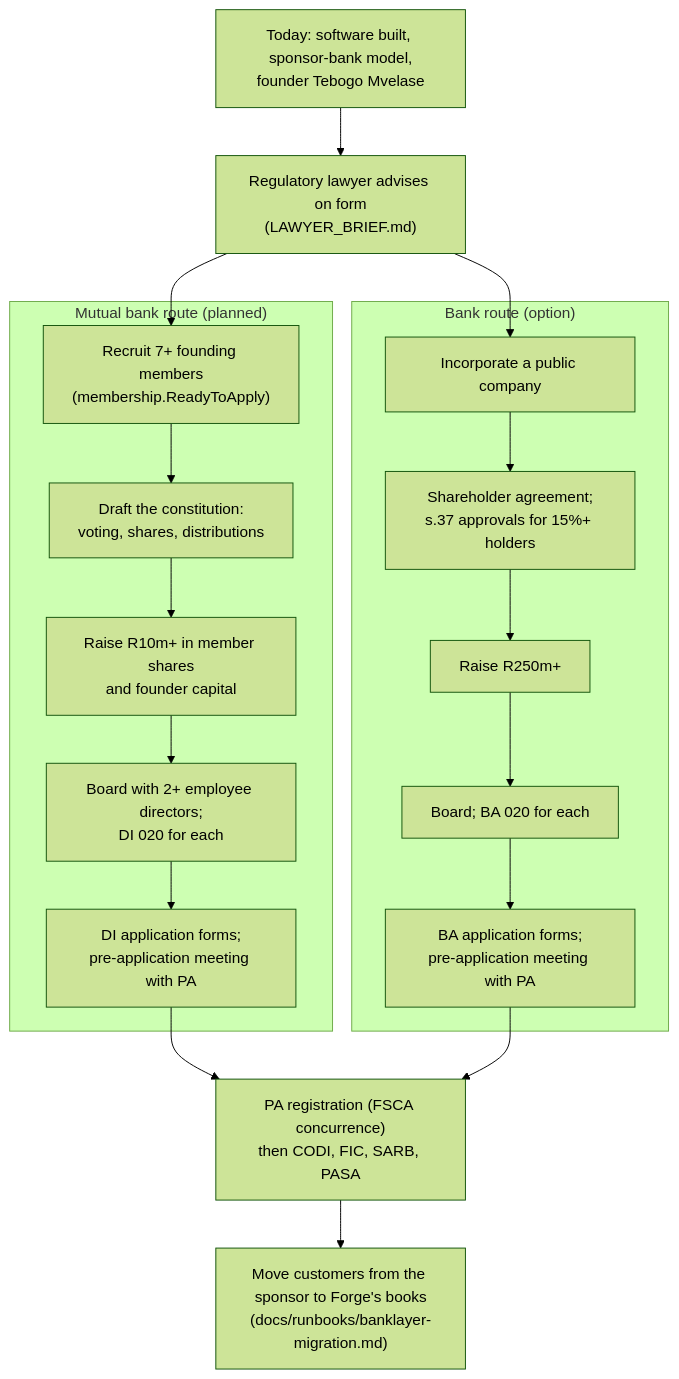
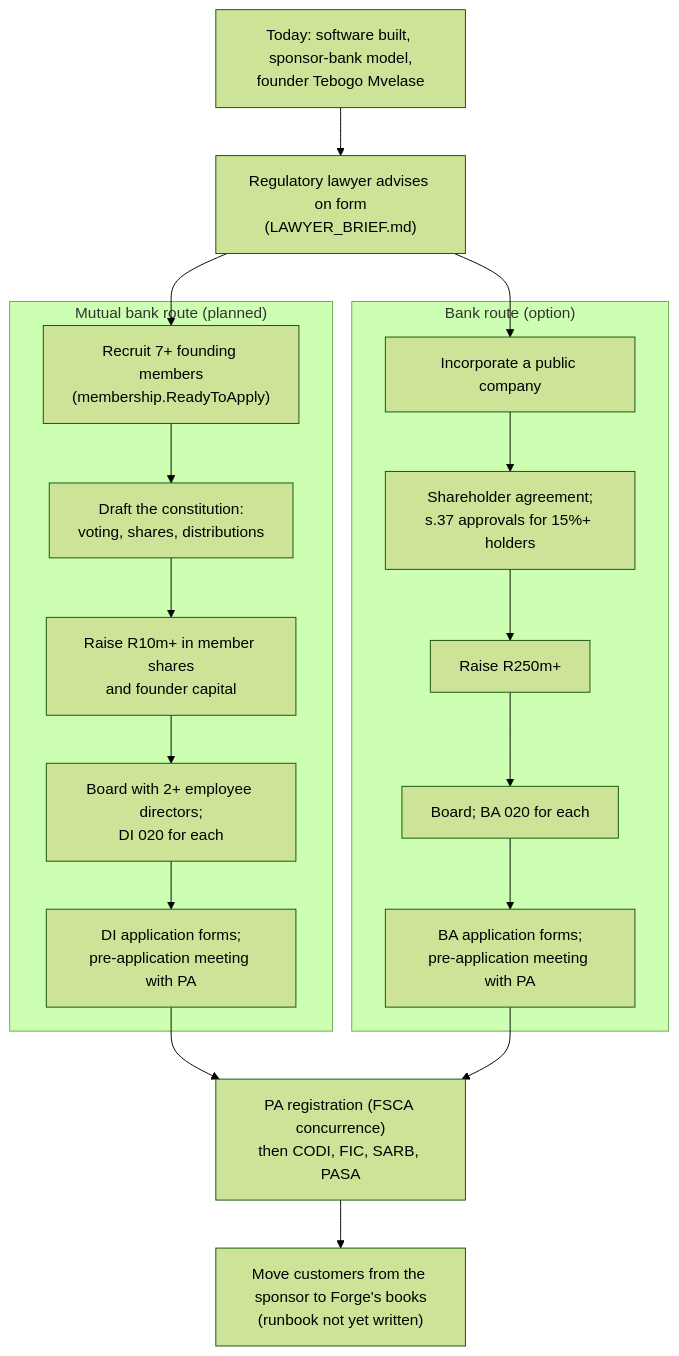
The second of 2 diagrams in docs/governance/LEGAL_FORMS.md (KHAYAAI/FORGE-MUTUAL), drawn with Mermaid (forest theme) before and after one commit. The commit also changed 6 other files, not shown here.

````diff
--- a/docs/governance/LEGAL_FORMS.md
+++ b/docs/governance/LEGAL_FORMS.md
@@ -46,19 +46,19 @@
 ```mermaid
 flowchart TB
   NOW["Today: software built, sponsor-bank model,<br/>founder Tebogo Mvelase"] --> LAW["Regulatory lawyer advises on form<br/>(LAWYER_BRIEF.md)"]
   LAW --> M1 & B1
   subgraph MUTUAL["Mutual bank route (planned)"]
     M1["Recruit 7+ founding members<br/>(membership.ReadyToApply)"] --> M2["Draft the constitution:<br/>voting, shares, distributions"]
     M2 --> M3["Raise R10m+ in member shares<br/>and founder capital"]
     M3 --> M4["Board with 2+ employee directors;<br/>DI 020 for each"]
     M4 --> M5["DI application forms;<br/>pre-application meeting with PA"]
   end
   subgraph BANK["Bank route (option)"]
     B1["Incorporate a public company"] --> B2["Shareholder agreement;<br/>s.37 approvals for 15%+ holders"]
     B2 --> B3["Raise R250m+"]
     B3 --> B4["Board; BA 020 for each"]
     B4 --> B5["BA application forms;<br/>pre-application meeting with PA"]
   end
   M5 & B5 --> LIC["PA registration (FSCA concurrence)<br/>then CODI, FIC, SARB, PASA"]
-  LIC --> MIG["Move customers from the sponsor to Forge's books<br/>(docs/runbooks/banklayer-migration.md)"]
+  LIC --> MIG["Move customers from the sponsor to Forge's books<br/>(runbook not yet written)"]
 ```
````
